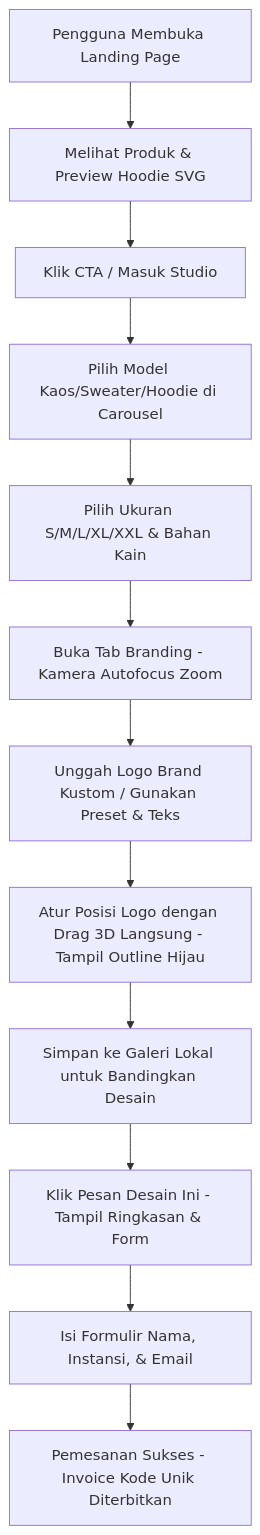
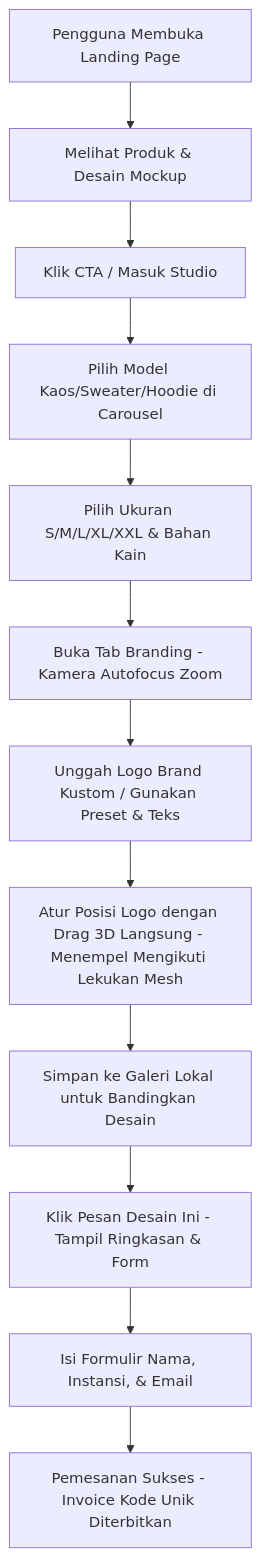
The diagram in PRD.md (EvCamStudio/FitCraft3D), drawn with Mermaid before and after one commit. The commit also changed other lines of this file and 6 other files, not shown here.

````diff
--- a/PRD.md
+++ b/PRD.md
@@ -96,14 +103,14 @@
 ```mermaid
 graph TD
-    A[Pengguna Membuka Landing Page] --> B[Melihat Produk & Preview Hoodie SVG]
+    A[Pengguna Membuka Landing Page] --> B[Melihat Produk & Desain Mockup]
     B --> C[Klik CTA / Masuk Studio]
     C --> D[Pilih Model Kaos/Sweater/Hoodie di Carousel]
     D --> E[Pilih Ukuran S/M/L/XL/XXL & Bahan Kain]
     E --> F[Buka Tab Branding - Kamera Autofocus Zoom]
     F --> G[Unggah Logo Brand Kustom / Gunakan Preset & Teks]
-    G --> H[Atur Posisi Logo dengan Drag 3D Langsung - Tampil Outline Hijau]
+    G --> H[Atur Posisi Logo dengan Drag 3D Langsung - Menempel Mengikuti Lekukan Mesh]
     H --> I[Simpan ke Galeri Lokal untuk Bandingkan Desain]
     I --> J[Klik Pesan Desain Ini - Tampil Ringkasan & Form]
     J --> K[Isi Formulir Nama, Instansi, & Email]
     K --> L[Pemesanan Sukses - Invoice Kode Unik Diterbitkan]
 ```
````
